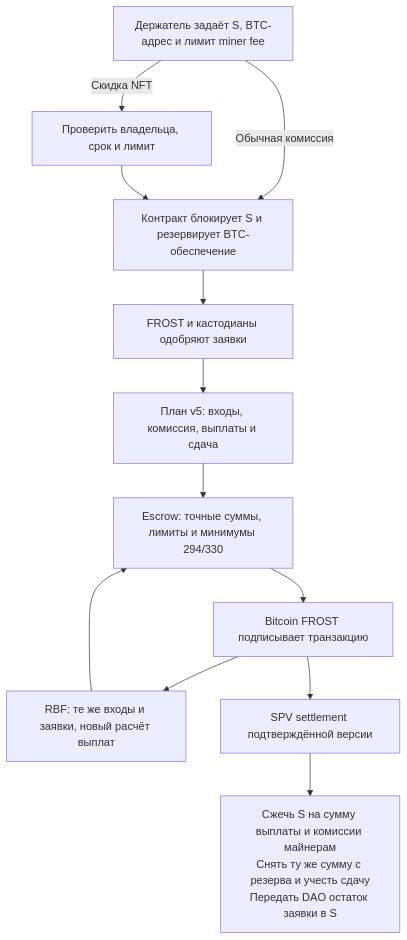
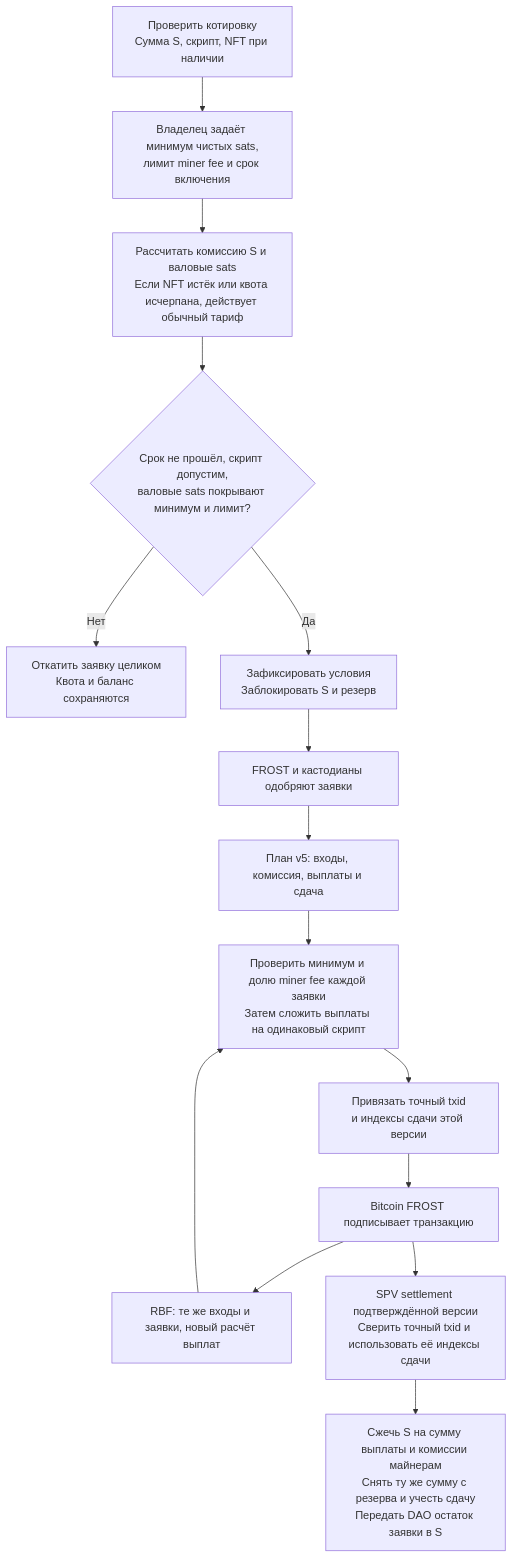
One commit to SergeyBelets/SatFiSetup changed the second of 5 diagrams in docs/CONFEDERATION_DAO_IN_KIND.md. Above: the diagram before and after it, drawn with Mermaid. The commit also changed other lines of this file and 364 other files, not shown here.

````diff
--- a/docs/CONFEDERATION_DAO_IN_KIND.md
+++ b/docs/CONFEDERATION_DAO_IN_KIND.md
@@ -208,16 +295,19 @@
 ```mermaid
 flowchart TD
     accTitle: Погашение S и выплата BTC
-    accDescr: После SPV escrow сжигает S на сумму выплаты и комиссии майнерам, уменьшает резерв на ту же сумму и перечисляет остаток заявки DAO.
-    A["Держатель задаёт S, BTC-адрес и лимит miner fee"] -->|"Обычная комиссия"| B["Контракт блокирует S и резервирует BTC-обеспечение"]
-    A -->|"Скидка NFT"| N["Проверить владельца, срок и лимит"]
-    N --> B
+    accDescr: Заявка проверяет срок, выход, минимум и полный лимит miner fee. Привязка каждой версии проверяет выплаты и фиксирует индексы сдачи.
+    A["Проверить котировку<br/>Сумма S, скрипт, NFT при наличии"] --> U["Владелец задаёт минимум чистых sats,<br/>лимит miner fee и срок включения"]
+    U --> N["Рассчитать комиссию S и валовые sats<br/>Если NFT истёк или квота исчерпана, действует обычный тариф"]
+    N --> Q{"Срок не прошёл, скрипт допустим,<br/>валовые sats покрывают минимум и лимит?"}
+    Q -->|"Нет"| X["Откатить заявку целиком<br/>Квота и баланс сохраняются"]
+    Q -->|"Да"| B["Зафиксировать условия<br/>Заблокировать S и резерв"]
     B --> O["FROST и кастодианы одобряют заявки"]
     O --> T["План v5: входы, комиссия, выплаты и сдача"]
-    T --> V["Escrow: точные суммы, лимиты и минимумы 294/330"]
-    V --> K["Bitcoin FROST подписывает транзакцию"]
+    T --> V["Проверить минимум и долю miner fee каждой заявки<br/>Затем сложить выплаты на одинаковый скрипт"]
+    V --> BIND["Привязать точный txid<br/>и индексы сдачи этой версии"]
+    BIND --> K["Bitcoin FROST подписывает транзакцию"]
     K --> R["RBF: те же входы и заявки, новый расчёт выплат"]
     R --> V
-    K --> S["SPV settlement подтверждённой версии"]
+    K --> S["SPV settlement подтверждённой версии<br/>Сверить точный txid и использовать её индексы сдачи"]
     S --> ACCOUNT["Сжечь S на сумму выплаты и комиссии майнерам<br/>Снять ту же сумму с резерва и учесть сдачу<br/>Передать DAO остаток заявки в S"]
 ```
````
